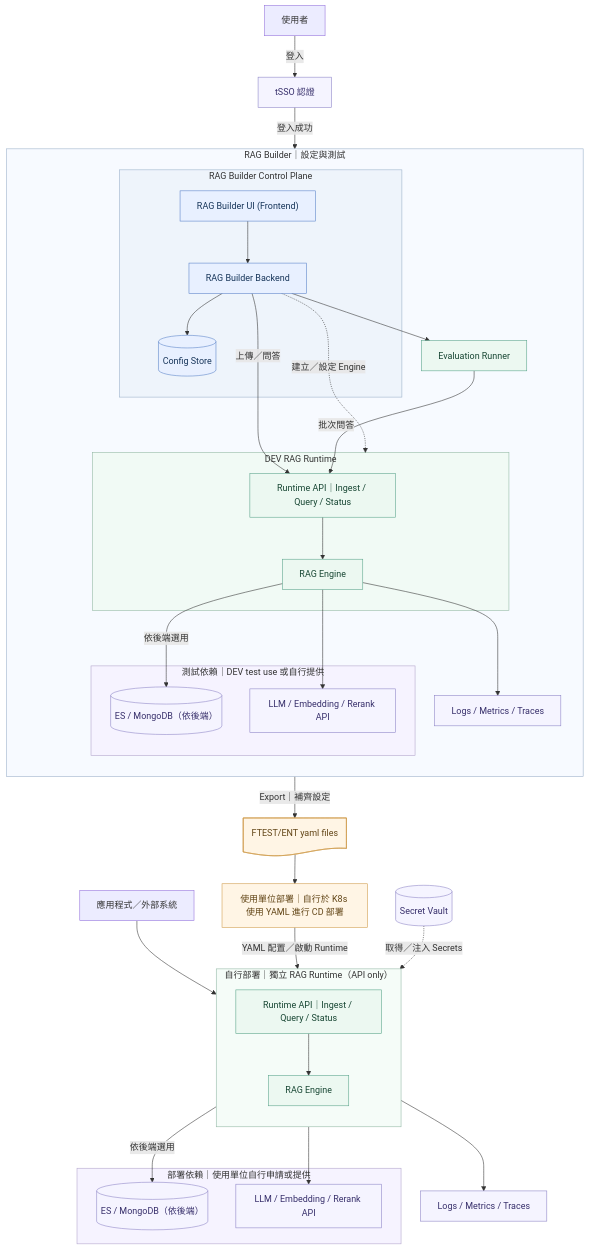
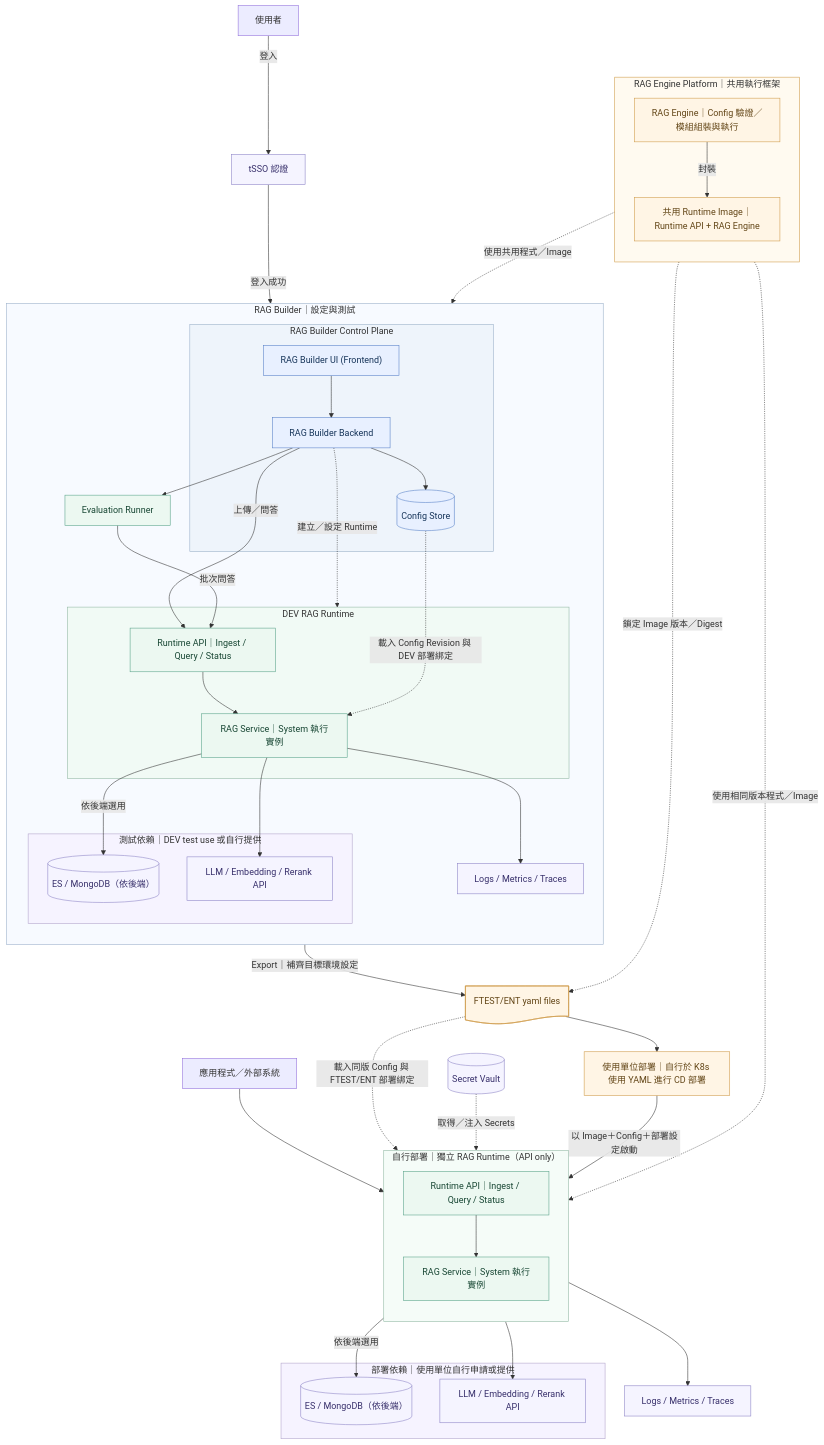
The diagram in diagrams/02_infra_architecture.mmd (SunnyWenwen/rag_platform), drawn with Mermaid before and after one commit. The commit also changed other lines of this file and 1 other file, not shown here.

Commit message:
docs: separate shared RAG engine platform from configured services
Show shared Engine/Runtime Image reuse and per-environment Config binding.
Label configured System execution instances as RAG Service, retaining Runtime
API boundaries and standalone deployment. Align the architecture glossary
and diagram rules. Leave PNG unchanged pending Mermaid review.

```diff
--- a/diagrams/02_infra_architecture.mmd
+++ b/diagrams/02_infra_architecture.mmd
@@ -1,75 +1,98 @@
 flowchart TB
-  %% Target architecture; tSSO, Runtime, Secret Vault and CD integration are not implemented in the Prototype.
-  %% tSSO edges show the login/authentication relationship, not a proxy for every business request.
-  %% Frontend and Backend form the RAG Builder Control Plane; Config/Validator/service settings/Export are Backend functions.
-  %% Backend initiates System-scoped execution-instance setup; the DEV Runtime composes the Pipeline from Config.
-  %% Config Store is shown here; execution-record persistence and authentication details are omitted.
-  %% Both Runtime environments use the same versioned Engine and API contract.
-  %% Local Search lives inside the Engine; optional MongoDB persists Chunks/vectors, not the search operation.
-  %% The independent Runtime boundary contains only Runtime API and Engine; dependencies, Vault and observability are external.
+  %% Target architecture; components and integrations are not implemented in the Prototype.
+  %% Terminology: 03_architecture_proposal.md section 3 is authoritative.
+  %% RAG Engine Platform groups reusable Engine/Runtime code and its versioned Image.
+  %% It is not a central online service required by DEV or independently deployed Runtimes.
+  %% A Runtime loads the shared code/Image plus Config and environment-specific bindings.
+  %% RAG Service labels the System execution instance created by Engine inside a Runtime;
+  %% it is not a new management object, mandatory microservice or Kubernetes Service object.
+  %% Same System/Config Revision keeps the same logical Config across DEV/FTEST/ENT.
+  %% Deployment Settings bind environment URLs, Secrets, data/index targets and resources.
+  %% Code/Image reuse and Config-loading edges are dashed; business requests are solid.
+  %% tSSO edges show login/authentication, not a proxy for every business request.
+  %% Backend starts/configures Runtime; Runtime internally initializes the System instance.
+  %% Shared/dedicated Runtime allocation and instance multiplicity remain undecided.
+  %% Local Search executes in Engine code; optional MongoDB persists Chunks/vectors.
+  %% Dependencies, Secret Vault and observability remain outside the independent Runtime.
+  %% Review stage: PNG is intentionally unchanged until the Mermaid source is approved.
 
-  USER["使用者"] -->|登入| SSO["tSSO 認證"]
-  SSO -->|登入成功| UI
+  subgraph PLATFORM["RAG Engine Platform｜共用執行框架"]
+    direction TB
+    ENGINE["RAG Engine｜Config 驗證／模組組裝與執行"]
+    IMAGE["共用 Runtime Image｜Runtime API + RAG Engine"]
+    ENGINE -->|"封裝"| IMAGE
+  end
+
+  USER["使用者"] -->|"登入"| SSO["tSSO 認證"]
+  SSO -->|"登入成功"| UI
 
   subgraph DEV["RAG Builder｜設定與測試"]
     direction TB
     subgraph CP["RAG Builder Control Plane"]
       UI["RAG Builder UI (Frontend)"] --> BACKEND["RAG Builder Backend"]
       BACKEND --> META[("Config Store")]
     end
 
     BACKEND -->|"上傳／問答"| DAPI
     BACKEND --> EVAL["Evaluation Runner"]
     EVAL -->|"批次問答"| DAPI
 
     subgraph SANDBOX["DEV RAG Runtime"]
-      DAPI["Runtime API｜Ingest / Query / Status"] --> DENGINE["RAG Engine"]
+      DAPI["Runtime API｜Ingest / Query / Status"] --> DSERVICE["RAG Service｜System 執行實例"]
     end
 
-    BACKEND -.->|"建立／設定 Engine"| SANDBOX
+    BACKEND -.->|"建立／設定 Runtime"| SANDBOX
+    META -.->|"載入 Config Revision 與 DEV 部署綁定"| DSERVICE
 
-    DENGINE --> DOBS["Logs / Metrics / Traces"]
+    DSERVICE --> DOBS["Logs / Metrics / Traces"]
 
     subgraph DRES["測試依賴｜DEV test use 或自行提供"]
       DSEARCH[("ES / MongoDB（依後端）")]
       DMODEL["LLM / Embedding / Rerank API"]
     end
-    DENGINE -->|"依後端選用"| DSEARCH
-    DENGINE --> DMODEL
+    DSERVICE -->|"依後端選用"| DSEARCH
+    DSERVICE --> DMODEL
   end
 
-  BACKEND -->|"Export｜補齊設定"| FILES@{ shape: doc, label: "FTEST/ENT yaml files" }
+  IMAGE -.->|"使用共用程式／Image"| SANDBOX
+  IMAGE -.->|"鎖定 Image 版本／Digest"| FILES
+  BACKEND -->|"Export｜補齊目標環境設定"| FILES@{ shape: doc, label: "FTEST/ENT yaml files" }
   FILES --> DEPLOY["使用單位部署｜自行於 K8s 使用 YAML 進行 CD 部署"]
 
   APP["應用程式／外部系統"] --> RAPI
-  DEPLOY -->|"YAML 配置／啟動 Runtime"| PENGINE
+  DEPLOY -->|"以 Image＋Config＋部署設定啟動"| PROD
 
   subgraph PROD["自行部署｜獨立 RAG Runtime（API only）"]
     direction TB
-    RAPI["Runtime API｜Ingest / Query / Status"] --> PENGINE["RAG Engine"]
+    RAPI["Runtime API｜Ingest / Query / Status"] --> PSERVICE["RAG Service｜System 執行實例"]
   end
 
-  VAULT[("Secret Vault")] -.->|"取得／注入 Secrets"| PENGINE
-  PENGINE --> POBS["Logs / Metrics / Traces"]
+  IMAGE -.->|"使用相同版本程式／Image"| PROD
+  FILES -.->|"載入同版 Config 與 FTEST/ENT 部署綁定"| PSERVICE
+  VAULT[("Secret Vault")] -.->|"取得／注入 Secrets"| PSERVICE
+  PSERVICE --> POBS["Logs / Metrics / Traces"]
 
   subgraph PRES["部署依賴｜使用單位自行申請或提供"]
     PSEARCH[("ES / MongoDB（依後端）")]
     PMODEL["LLM / Embedding / Rerank API"]
   end
-  PENGINE -->|"依後端選用"| PSEARCH
-  PENGINE --> PMODEL
+  PSERVICE -->|"依後端選用"| PSEARCH
+  PSERVICE --> PMODEL
 
+  classDef platform fill:#fff5e5,stroke:#cf9b4a,color:#624516
   classDef control fill:#e8f0ff,stroke:#5881c8,color:#163459
   classDef runtime fill:#ecf8f1,stroke:#58a389,color:#174633
   classDef resource fill:#f5f4ff,stroke:#8c83c6,color:#372f6b
   classDef delivery fill:#fff5e5,stroke:#cf9b4a,color:#624516
+  class ENGINE,IMAGE platform
   class UI,BACKEND,META control
-  class DAPI,DENGINE,EVAL,RAPI,PENGINE runtime
+  class DAPI,DSERVICE,EVAL,RAPI,PSERVICE runtime
   class SSO,VAULT,DSEARCH,DMODEL,PSEARCH,PMODEL,DOBS,POBS resource
   class FILES,DEPLOY delivery
+  style PLATFORM fill:#fffaf0,stroke:#cf9b4a
   style DEV fill:#f7faff,stroke:#9aafc9
   style CP fill:#eef4fb,stroke:#9aafc9
   style SANDBOX fill:#f1faf5,stroke:#90b7a3
   style DRES fill:#f6f3ff,stroke:#b1a3ca
   style PROD fill:#f5fcf8,stroke:#90b7a3
   style PRES fill:#f6f3ff,stroke:#b1a3ca
```
